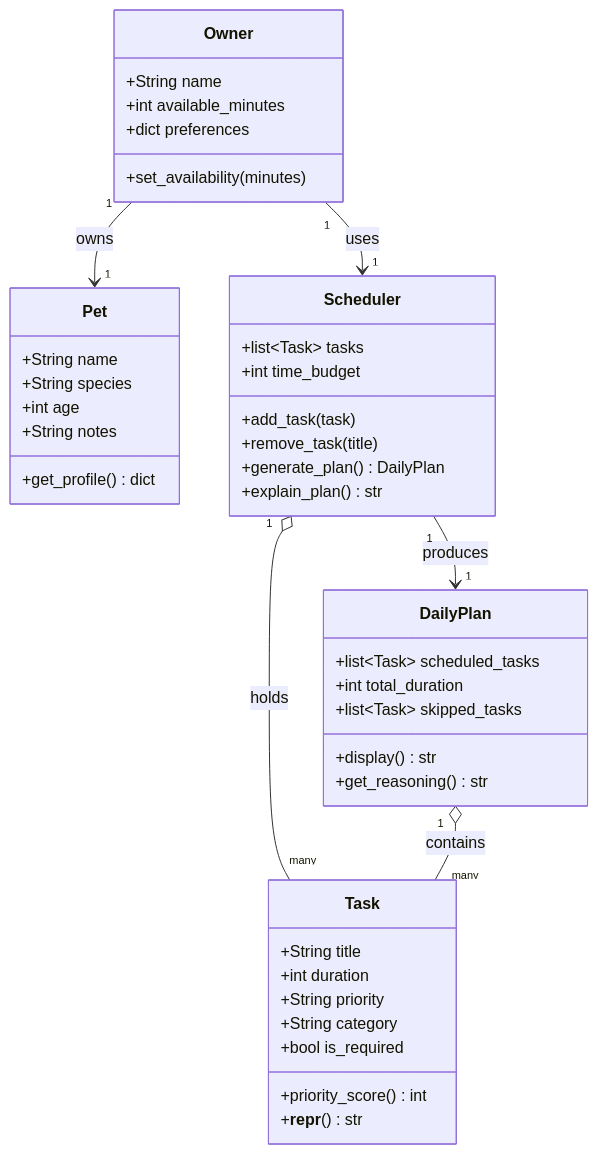
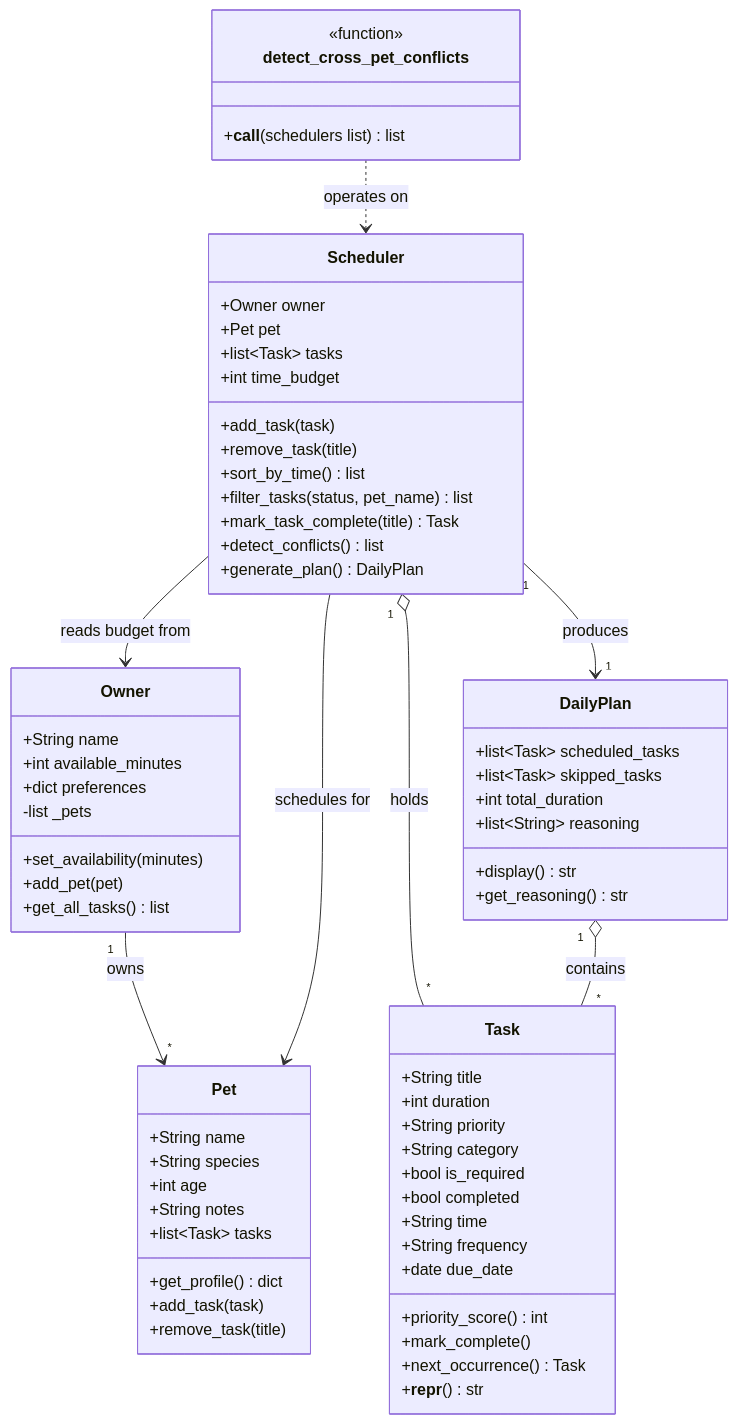
One commit to hmasum52/ai110-module2show-pawpal-starter changed the diagram in reflection.md. Above: the diagram before and after it, drawn with Mermaid. The commit also changed 1 other file, not shown here.

Commit message:
feat: update UML design to include new attributes and methods for Owner, Pet, Task, and Scheduler classes; add cross-pet conflict detection functionality

````diff
--- a/reflection.md
+++ b/reflection.md
@@ -23,50 +23,75 @@
 ```mermaid
 classDiagram
     class Owner {
         +String name
         +int available_minutes
         +dict preferences
+        -list _pets
         +set_availability(minutes)
+        +add_pet(pet)
+        +get_all_tasks() list
     }
 
     class Pet {
         +String name
         +String species
         +int age
         +String notes
+        +list~Task~ tasks
         +get_profile() dict
+        +add_task(task)
+        +remove_task(title)
     }
 
     class Task {
         +String title
         +int duration
         +String priority
         +String category
         +bool is_required
+        +bool completed
+        +String time
+        +String frequency
+        +date due_date
         +priority_score() int
+        +mark_complete()
+        +next_occurrence() Task
         +__repr__() str
     }
 
     class Scheduler {
+        +Owner owner
+        +Pet pet
         +list~Task~ tasks
         +int time_budget
         +add_task(task)
         +remove_task(title)
+        +sort_by_time() list
+        +filter_tasks(status, pet_name) list
+        +mark_task_complete(title) Task
+        +detect_conflicts() list
         +generate_plan() DailyPlan
-        +explain_plan() str
     }
 
     class DailyPlan {
         +list~Task~ scheduled_tasks
+        +list~Task~ skipped_tasks
         +int total_duration
-        +list~Task~ skipped_tasks
+        +list~String~ reasoning
         +display() str
         +get_reasoning() str
     }
 
-    Owner "1" --> "1" Pet : owns
-    Owner "1" --> "1" Scheduler : uses
-    Scheduler "1" o-- "many" Task : holds
+    class detect_cross_pet_conflicts {
+        <<function>>
+        +__call__(schedulers list) list
+    }
+
+    Owner "1" --> "*" Pet : owns
+    Scheduler --> Owner : reads budget from
+    Scheduler --> Pet : schedules for
+    Scheduler "1" o-- "*" Task : holds
     Scheduler "1" --> "1" DailyPlan : produces
-    DailyPlan "1" o-- "many" Task : contains
+    DailyPlan "1" o-- "*" Task : contains
+    detect_cross_pet_conflicts ..> Scheduler : operates on
 ``` 
````
